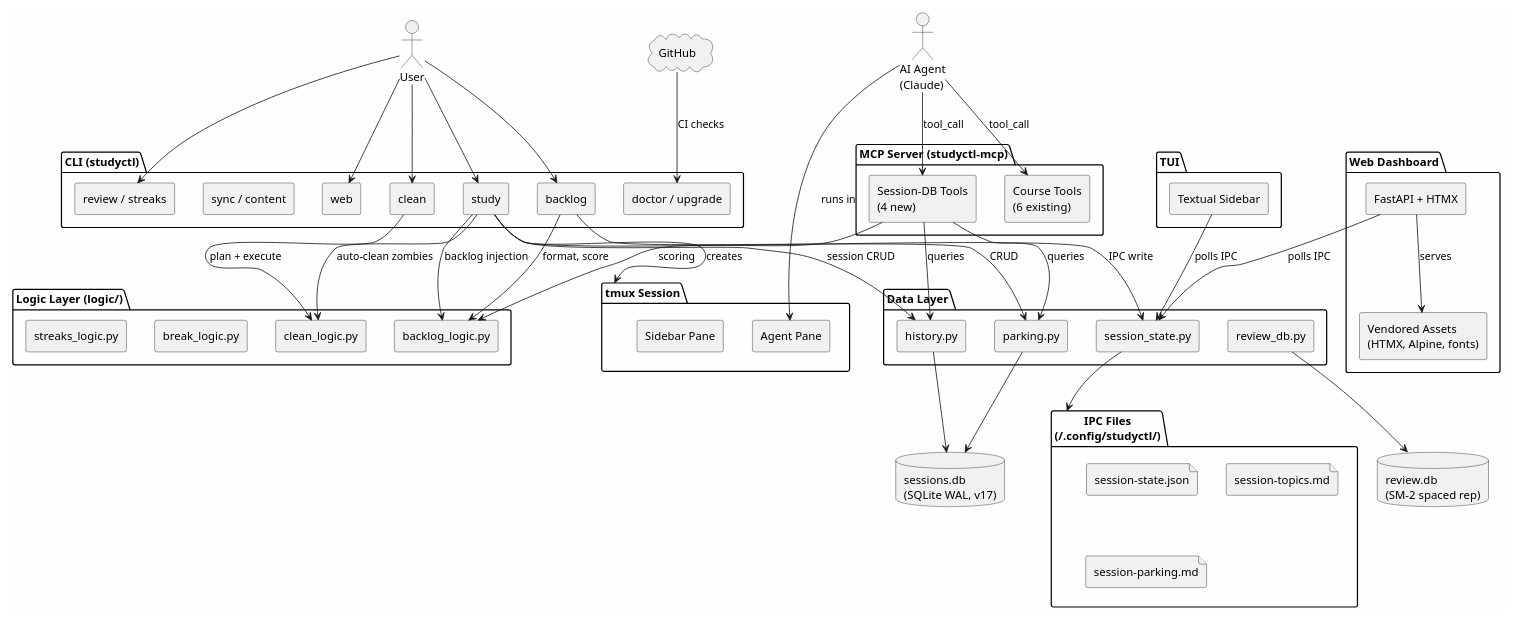
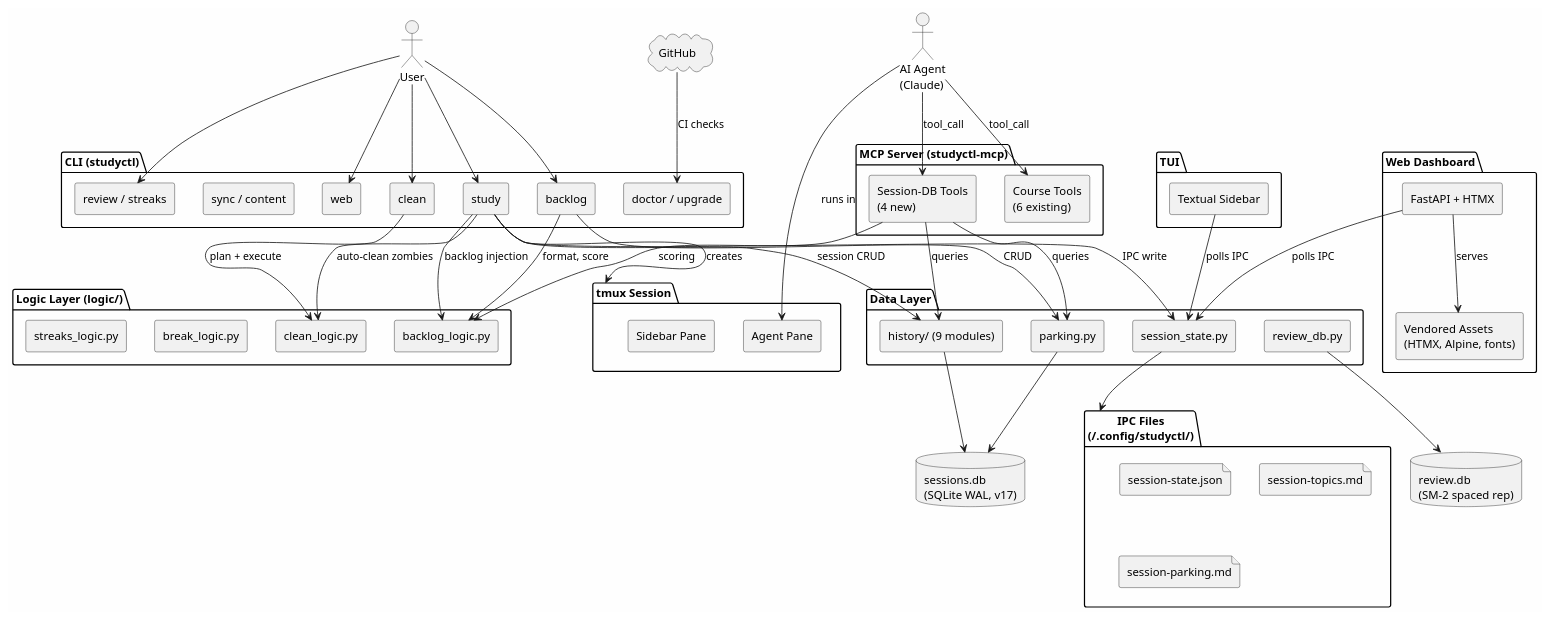
Before and after one commit to NetDevAutomate/StudyLoop: the first of 5 diagrams in docs/architecture/system-overview.md, drawn with PlantUML. The commit also changed 5 other files, not shown here.

First line of the commit message:
docs: update all documentation for current architecture

```diff
--- a/docs/architecture/system-overview.md
+++ b/docs/architecture/system-overview.md
@@ -38,7 +38,7 @@
 
 package "Data Layer" {
     [parking.py] as Parking
-    [history.py] as History
+    [history/ (9 modules)] as History
     [session_state.py] as State
     [review_db.py] as ReviewDB
 }
```
